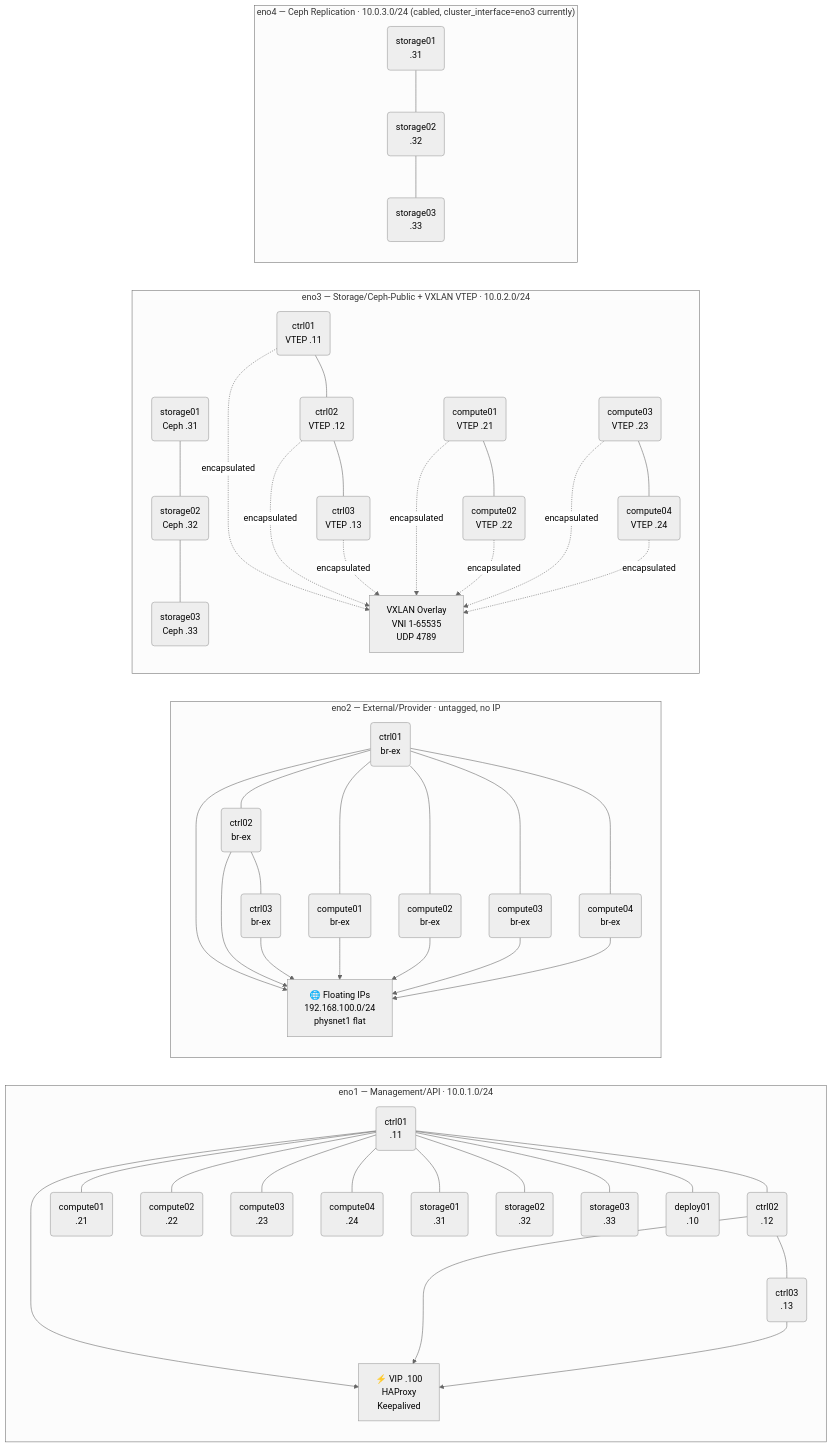
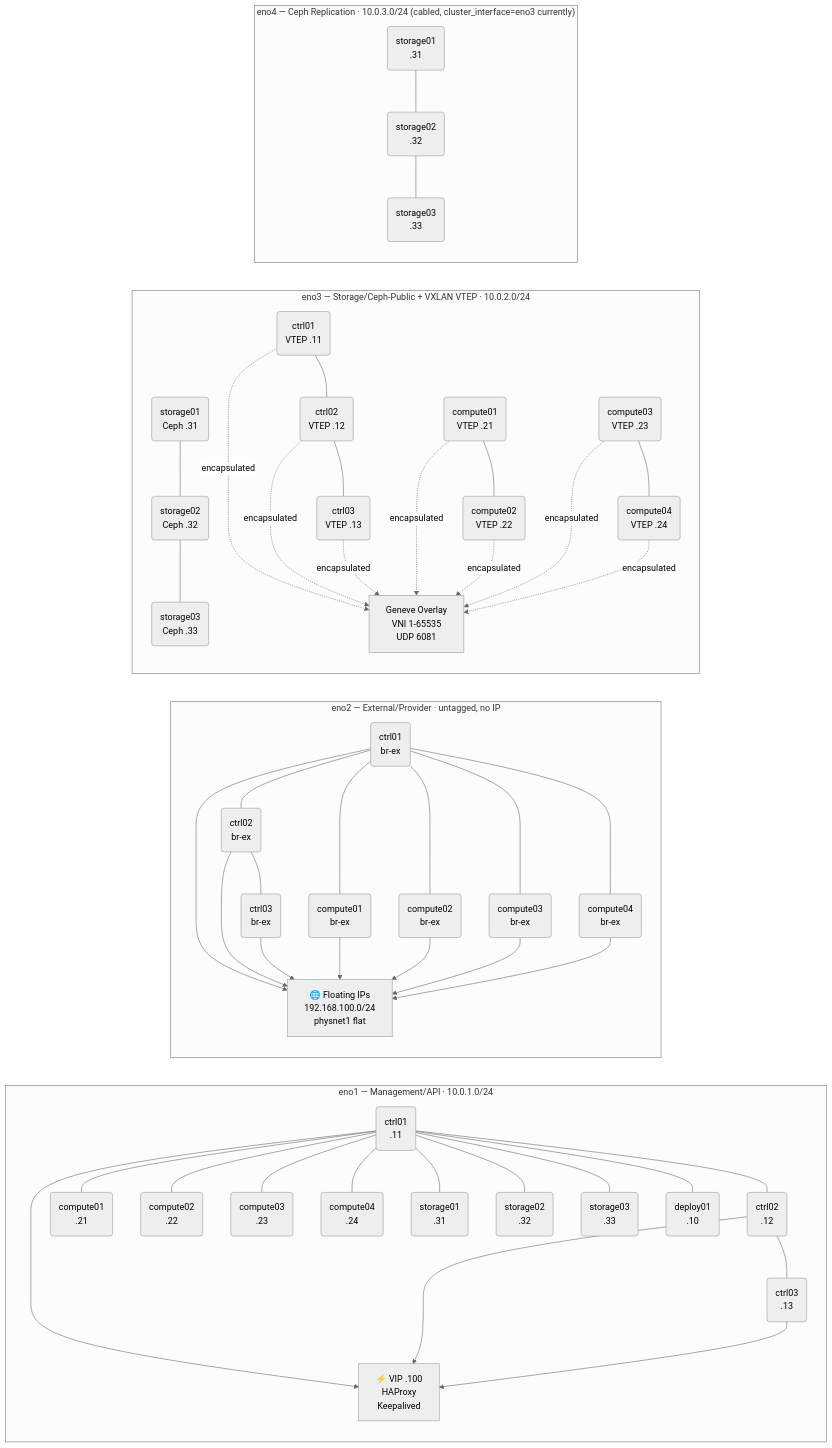
Before and after one commit to rashesh91/openstack-kolla-deploy: the second of 5 diagrams in docs/diagrams/README-diagrams.md, drawn with Mermaid (neutral theme). The commit also changed other lines of this file and 7 other files, not shown here.

````diff
--- a/docs/diagrams/README-diagrams.md
+++ b/docs/diagrams/README-diagrams.md
@@ -57,33 +57,33 @@
 ```mermaid
 graph LR
     subgraph MGT["eno1 — Management/API  ·  10.0.1.0/24"]
         MC1(ctrl01\n.11) --- MC2(ctrl02\n.12) --- MC3(ctrl03\n.13)
         MC1 --- MN1(compute01\n.21) & MN2(compute02\n.22)
         MC1 --- MN3(compute03\n.23) & MN4(compute04\n.24)
         MC1 --- MS1(storage01\n.31) & MS2(storage02\n.32) & MS3(storage03\n.33)
         MC1 --- MD(deploy01\n.10)
         MVIP["⚡ VIP .100\nHAProxy\nKeepalived"]
         MC1 & MC2 & MC3 --> MVIP
     end
 
     subgraph EXT["eno2 — External/Provider  ·  untagged, no IP"]
         EC1(ctrl01\nbr-ex) --- EC2(ctrl02\nbr-ex) --- EC3(ctrl03\nbr-ex)
         EC1 --- EN1(compute01\nbr-ex) & EN2(compute02\nbr-ex)
         EC1 --- EN3(compute03\nbr-ex) & EN4(compute04\nbr-ex)
         FIP["🌐 Floating IPs\n192.168.100.0/24\nphysnet1 flat"]
         EC1 & EC2 & EC3 & EN1 & EN2 & EN3 & EN4 --> FIP
     end
 
     subgraph STG["eno3 — Storage/Ceph-Public + VXLAN VTEP  ·  10.0.2.0/24"]
         TC1(ctrl01\nVTEP .11) --- TC2(ctrl02\nVTEP .12) --- TC3(ctrl03\nVTEP .13)
         TN1(compute01\nVTEP .21) --- TN2(compute02\nVTEP .22)
         TN3(compute03\nVTEP .23) --- TN4(compute04\nVTEP .24)
         TS1(storage01\nCeph .31) --- TS2(storage02\nCeph .32) --- TS3(storage03\nCeph .33)
-        VX["VXLAN Overlay\nVNI 1-65535\nUDP 4789"]
+        VX["Geneve Overlay\nVNI 1-65535\nUDP 6081"]
         TC1 & TC2 & TC3 & TN1 & TN2 & TN3 & TN4 -.->|encapsulated| VX
     end
 
     subgraph REP["eno4 — Ceph Replication  ·  10.0.3.0/24  (cabled, cluster_interface=eno3 currently)"]
         RS1(storage01\n.31) --- RS2(storage02\n.32) --- RS3(storage03\n.33)
     end
 ```
````
